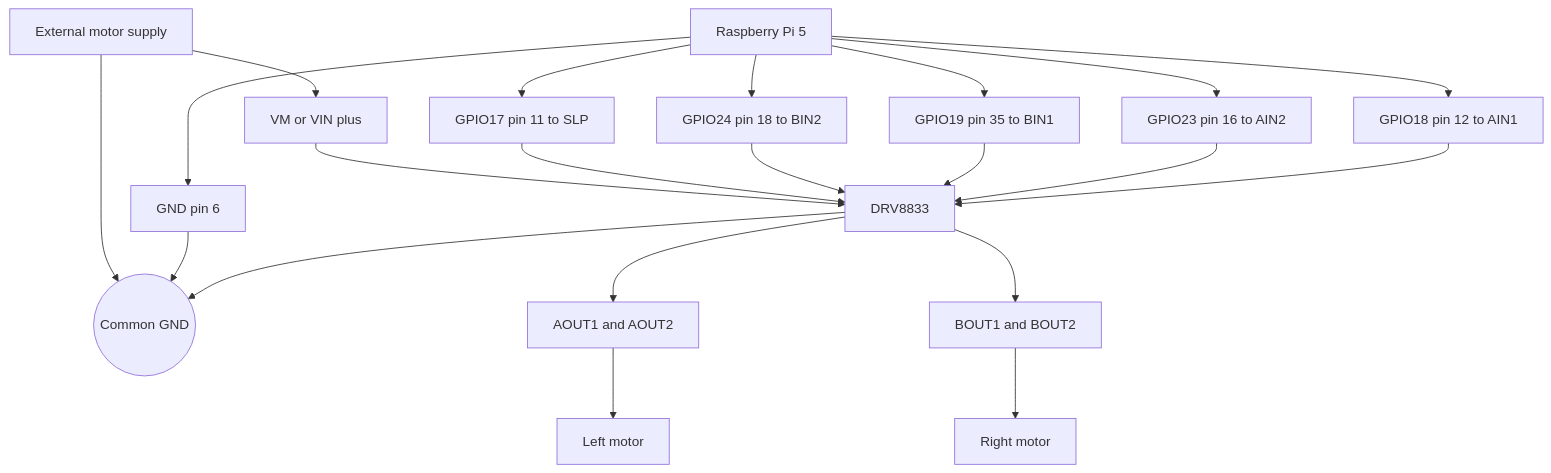
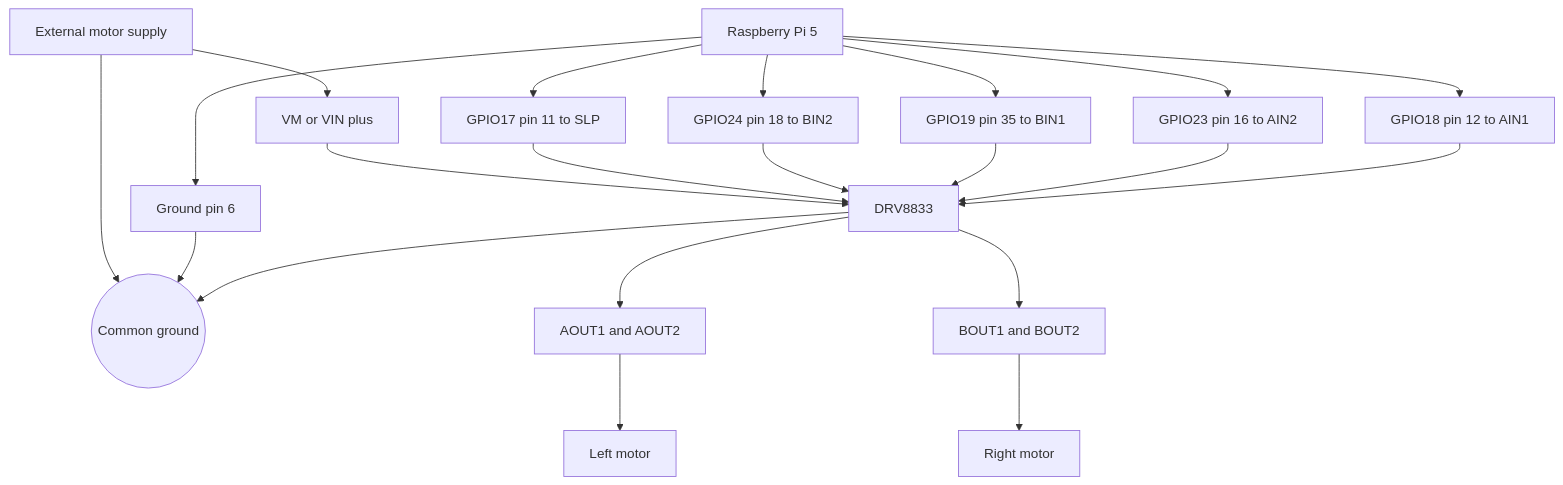
Before and after one commit to FilipSijak2/paper: the diagram in CURRENT_WIRING_DIAGRAM.md, drawn with Mermaid. The commit also changed other lines of this file and 30 other files, not shown here.

````diff
--- a/CURRENT_WIRING_DIAGRAM.md
+++ b/CURRENT_WIRING_DIAGRAM.md
@@ -15,33 +13,30 @@
 ```mermaid
 flowchart TB
     SUPPLY[External motor supply]
     RPI[Raspberry Pi 5]
     DRV[DRV8833]
     LEFT[Left motor]
     RIGHT[Right motor]
-    GND((Common GND))
+    GND((Common ground))
 
     SUPPLY --> VM[VM or VIN plus]
     VM --> DRV
     SUPPLY --> GND
-
     RPI --> P17[GPIO17 pin 11 to SLP]
     RPI --> P24[GPIO24 pin 18 to BIN2]
     RPI --> P19[GPIO19 pin 35 to BIN1]
     RPI --> P23[GPIO23 pin 16 to AIN2]
     RPI --> P18[GPIO18 pin 12 to AIN1]
-    RPI --> RPIGND[GND pin 6]
-
+    RPI --> RPIGND[Ground pin 6]
     P17 --> DRV
     P24 --> DRV
     P19 --> DRV
     P23 --> DRV
     P18 --> DRV
     RPIGND --> GND
     DRV --> GND
-
     DRV --> AOUT[AOUT1 and AOUT2]
     DRV --> BOUT[BOUT1 and BOUT2]
     AOUT --> LEFT
     BOUT --> RIGHT
 ```
````
